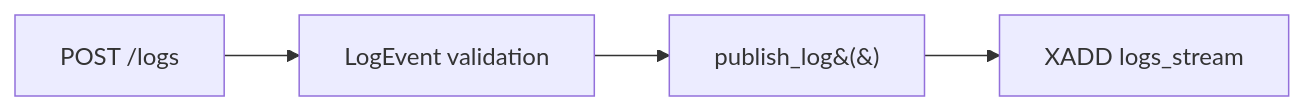
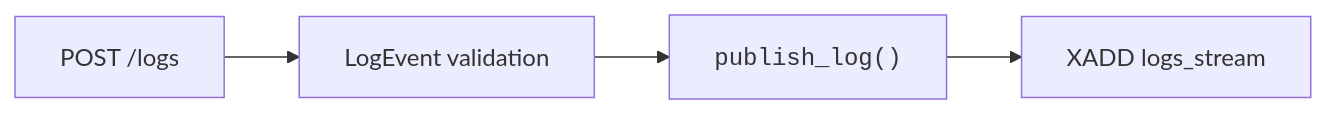
Before and after one commit to CowGivesMilk/observability-tool: the fifth of 10 diagrams in README.md, drawn with Mermaid. The commit also changed other lines of this file, not shown here.

Commit message:
fixed mermaid render bug

````diff
--- a/README.md
+++ b/README.md
@@ -315,6 +315,6 @@
 ```mermaid
 flowchart LR
 A[POST /logs] --> B[LogEvent validation]
-B --> C[publish_log&#40;&#41;]
+B --> C["<code>publish_log#40;#41;</code>"]
 C --> D[XADD logs_stream]
 ```
````
